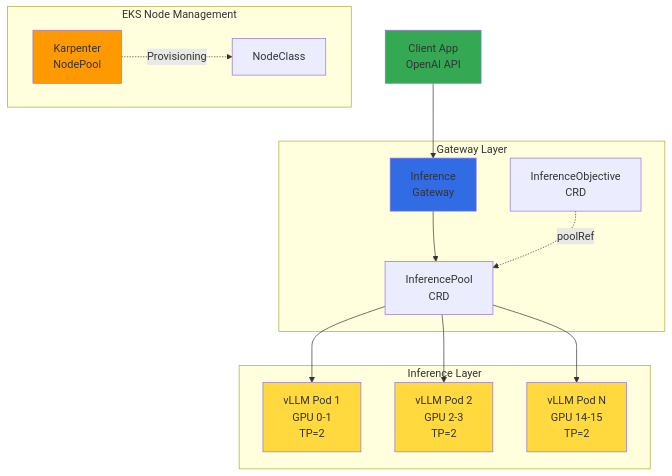
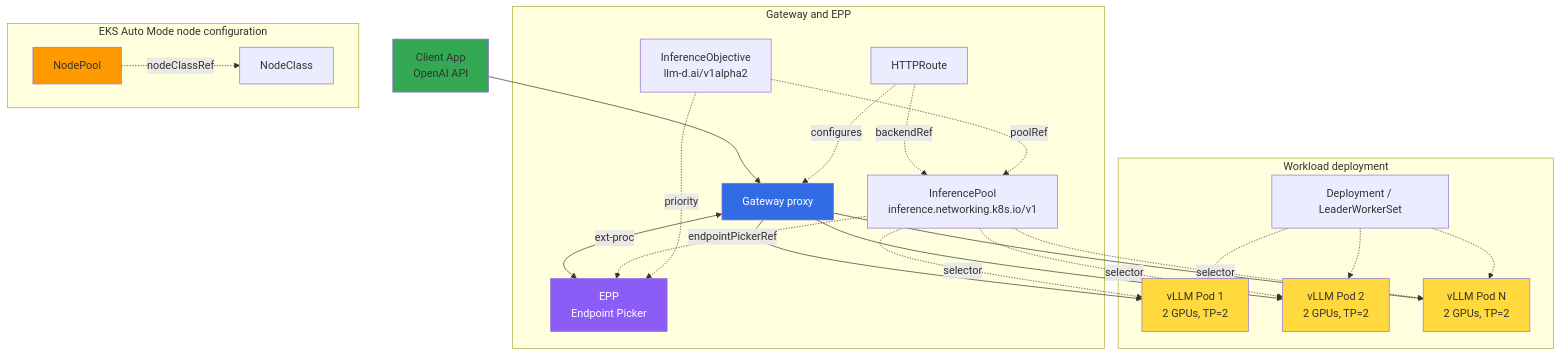
The first of 4 diagrams in i18n/en/docusaurus-plugin-content-docs/current/agentic-ai-platform/model-serving/inference-frameworks/llm-d-eks-automode.md (devfloor9/engineering-playbook), drawn with Mermaid before and after one commit. The commit also changed other lines of this file and 10 other files, not shown here.

First line of the commit message:
docs: reconcile llm-d routing and workload guidance

````diff
--- a/i18n/en/docusaurus-plugin-content-docs/current/agentic-ai-platform/model-serving/inference-frameworks/llm-d-eks-automode.md
+++ b/i18n/en/docusaurus-plugin-content-docs/current/agentic-ai-platform/model-serving/inference-frameworks/llm-d-eks-automode.md
@@ -74,36 +75,45 @@
 ```mermaid
 flowchart TB
     CLIENT[Client App<br/>OpenAI API]
-
-    subgraph Gateway["Gateway Layer"]
-        GW[Inference<br/>Gateway]
-        IO[InferenceObjective<br/>CRD]
-        IP[InferencePool<br/>CRD]
+    subgraph Routing["Gateway and EPP"]
+        GW[Gateway proxy]
+        EPP[EPP<br/>Endpoint Picker]
+        HR[HTTPRoute]
+        IP[InferencePool<br/>inference.networking.k8s.io/v1]
+        IO[InferenceObjective<br/>llm-d.ai/v1alpha2]
     end
-
-    subgraph Inference["Inference Layer"]
-        V1[vLLM Pod 1<br/>GPU 0-1<br/>TP=2]
-        V2[vLLM Pod 2<br/>GPU 2-3<br/>TP=2]
-        VN[vLLM Pod N<br/>GPU 14-15<br/>TP=2]
+    subgraph Workload["Workload deployment"]
+        DEP[Deployment / LeaderWorkerSet]
+        V1[vLLM Pod 1<br/>2 GPUs, TP=2]
+        V2[vLLM Pod 2<br/>2 GPUs, TP=2]
+        VN[vLLM Pod N<br/>2 GPUs, TP=2]
     end
-
-    subgraph NodeMgmt["EKS Node Management"]
-        NP[Karpenter<br/>NodePool]
+    subgraph Nodes["EKS Auto Mode node configuration"]
+        NP[NodePool]
         NC[NodeClass]
     end
-
     CLIENT --> GW
-    GW --> IP
+    GW <-->|ext-proc| EPP
+    GW --> V1
+    GW --> V2
+    GW --> VN
+    HR -.->|configures| GW
+    HR -.->|backendRef| IP
+    IP -.->|endpointPickerRef| EPP
+    IP -.->|selector| V1
+    IP -.->|selector| V2
+    IP -.->|selector| VN
     IO -.->|poolRef| IP
-    IP --> V1
-    IP --> V2
-    IP --> VN
-    NP -.->|Provisioning| NC
-
+    IO -.->|priority| EPP
+    DEP -.-> V1
+    DEP -.-> V2
+    DEP -.-> VN
+    NP -.->|nodeClassRef| NC
     style CLIENT fill:#34a853
-    style GW fill:#326ce5
+    style GW fill:#326ce5,color:#fff
+    style EPP fill:#8b5cf6,color:#fff
     style V1 fill:#ffd93d
     style V2 fill:#ffd93d
     style VN fill:#ffd93d
     style NP fill:#ff9900
 ```
````
